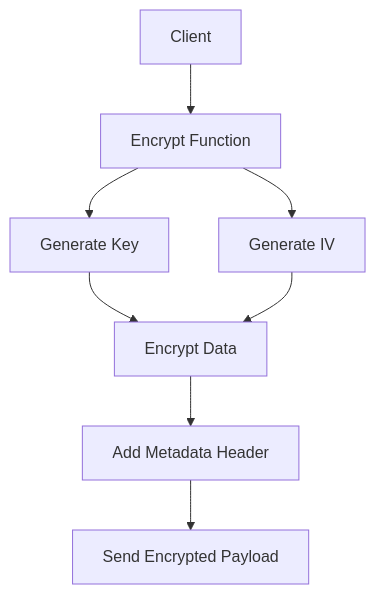
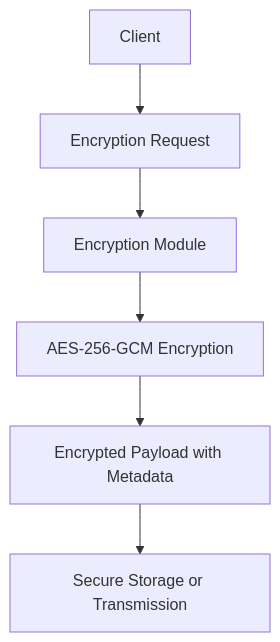
Before and after one commit to passwordand/okf-agent-memory-cn: the first of 2 diagrams in benchmarks/results/BENCHMARK_RESULTS_DMAA_lmstudio_qwen_qwen2.5-coder-14b.md, drawn with Mermaid. The commit also changed other lines of this file and 71 other files, not shown here.

````diff
--- a/benchmarks/results/BENCHMARK_RESULTS_DMAA_lmstudio_qwen_qwen2.5-coder-14b.md
+++ b/benchmarks/results/BENCHMARK_RESULTS_DMAA_lmstudio_qwen_qwen2.5-coder-14b.md
@@ -54,10 +56,8 @@
 ```mermaid
 graph TD
-    A[Client] --> B[Encrypt Function]
-    B --> C[Generate Key]
-    B --> D[Generate IV]
-    C --> E[Encrypt Data]
-    D --> E
-    E --> F[Add Metadata Header]
-    F --> G[Send Encrypted Payload]
+    A[Client] --> B[Encryption Request]
+    B --> C[Encryption Module]
+    C --> D[AES-256-GCM Encryption]
+    D --> E[Encrypted Payload with Metadata]
+    E --> F[Secure Storage or Transmission]
 ```
````
